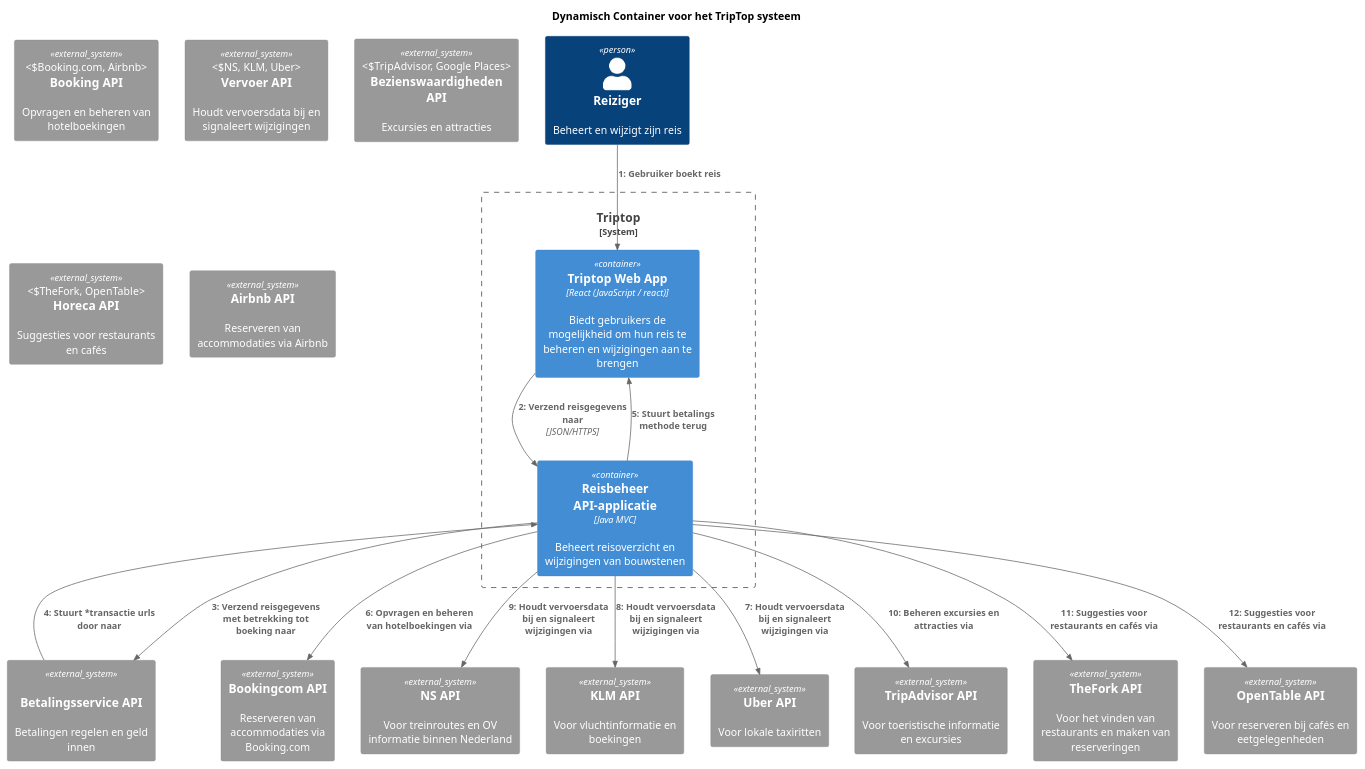
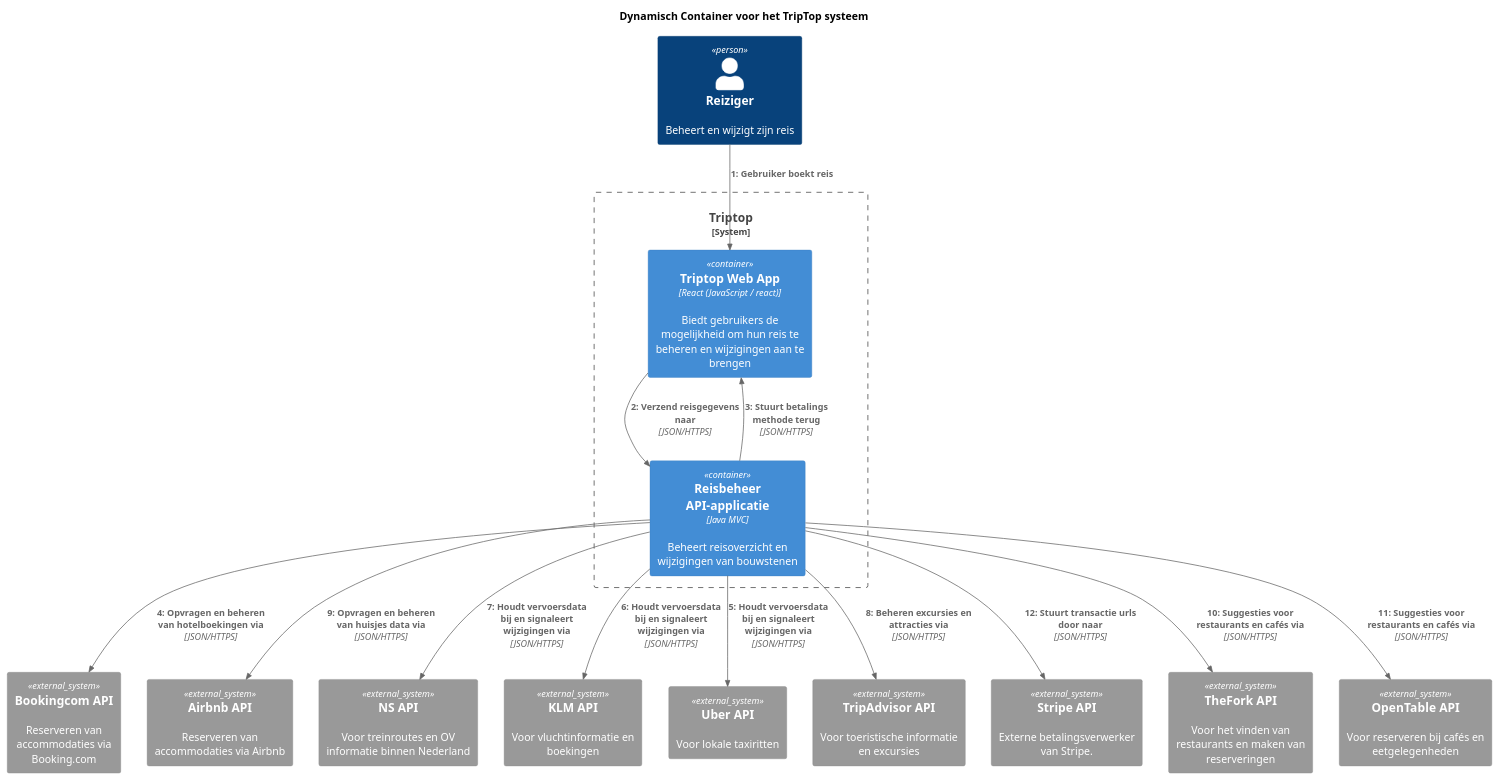
One commit to AIM-ENE-feb25/triptop-groep-4-afscheidscadeau-voor-juf-kim changed the diagram in opdracht-diagrammen/Dynamisch Diagram reisBoeken.puml. Above: the diagram before and after it, drawn with PlantUML.

Commit message:
Verbeterd Dynamisch Diagram + Relaties verbeterd + Relaties protocollen

```diff
--- a/opdracht-diagrammen/Dynamisch Diagram reisBoeken.puml
+++ b/opdracht-diagrammen/Dynamisch Diagram reisBoeken.puml
@@ -1,61 +1,41 @@
 @startuml
 !include https://raw.githubusercontent.com/plantuml-stdlib/C4-PlantUML/master/C4_Dynamic.puml
 
 title Dynamisch Container voor het TripTop systeem
 
 Person(user, "Reiziger", "Beheert en wijzigt zijn reis")
 
 System_Boundary(triptop, "Triptop") {
 
     Container(web, "Triptop Web App", "React (JavaScript / react)", "Biedt gebruikers de mogelijkheid om hun reis te beheren en wijzigingen aan te brengen")
 
-'    Nodig?
-'    Container(api, "API Gateway", "Java MVC", "")
-
     Container(trip_manager, "Reisbeheer API-applicatie", "Java MVC", "Beheert reisoverzicht en wijzigingen van bouwstenen")
 }
-
-
-System_Ext(booking, "Booking API", "Opvragen en beheren van hotelboekingen", "Booking.com, Airbnb")
-
-System_Ext(transport, "Vervoer API", "Houdt vervoersdata bij en signaleert wijzigingen", "NS, KLM, Uber")
-
-System_Ext(attractions, "Bezienswaardigheden API", "Excursies en attracties", "TripAdvisor, Google Places")
-
-System_Ext(horeca, "Horeca API", "Suggesties voor restaurants en cafés", "TheFork, OpenTable")
-
-System_Ext(betaling, "Betalingsservice API", "Betalingen regelen en geld innen", "Stripe")
-
 
 
 System_Ext(BookingComAPI, "Bookingcom API", "Reserveren van accommodaties via Booking.com")
 System_Ext(AirbnbAPI, "Airbnb API", "Reserveren van accommodaties via Airbnb")
 
 System_Ext(NSAPI, "NS API", "Voor treinroutes en OV informatie binnen Nederland")
 System_Ext(KLMAPI, "KLM API", "Voor vluchtinformatie en boekingen")
 System_Ext(UberAPI, "Uber API", "Voor lokale taxiritten")
-
 System_Ext(TripAdvisorAPI, "TripAdvisor API", "Voor toeristische informatie en excursies")
-
+System_Ext(StripeAPI, "Stripe API", "Externe betalingsverwerker van Stripe.")
 System_Ext(TheForkAPI, "TheFork API", "Voor het vinden van restaurants en maken van reserveringen")
 System_Ext(OpenTableAPI, "OpenTable API", "Voor reserveren bij cafés en eetgelegenheden")
 
 
 Rel(user, web, "Gebruiker boekt reis")
 Rel(web, trip_manager, "Verzend reisgegevens naar", JSON/HTTPS)
-Rel(trip_manager, betaling, "Verzend reisgegevens met betrekking tot boeking naar")
-Rel(betaling, trip_manager, "Stuurt *transactie urls door naar")
-Rel(trip_manager, web, "Stuurt betalings methode terug")
-
-
-' Connecting all APIs to Reisbeheer API applicatie
-Rel(trip_manager, BookingComAPI, "Opvragen en beheren van hotelboekingen via")
-Rel(trip_manager, UberAPI, "Houdt vervoersdata bij en signaleert wijzigingen via")
-Rel(trip_manager, KLMAPI, "Houdt vervoersdata bij en signaleert wijzigingen via")
-Rel(trip_manager, NSAPI, "Houdt vervoersdata bij en signaleert wijzigingen via")
-Rel(trip_manager, TripAdvisorAPI, "Beheren excursies en attracties via")
-Rel(trip_manager, TheForkAPI, "Suggesties voor restaurants en cafés via")
-Rel(trip_manager, OpenTableAPI, "Suggesties voor restaurants en cafés via")
-
+Rel(trip_manager, web, "Stuurt betalings methode terug", JSON/HTTPS)
+Rel(trip_manager, BookingComAPI, "Opvragen en beheren van hotelboekingen via",JSON/HTTPS)
+Rel(trip_manager, UberAPI, "Houdt vervoersdata bij en signaleert wijzigingen via",JSON/HTTPS)
+Rel(trip_manager, KLMAPI, "Houdt vervoersdata bij en signaleert wijzigingen via",JSON/HTTPS)
+Rel(trip_manager, NSAPI, "Houdt vervoersdata bij en signaleert wijzigingen via",JSON/HTTPS)
+Rel(trip_manager, TripAdvisorAPI, "Beheren excursies en attracties via",JSON/HTTPS)
+Rel(trip_manager, AirbnbAPI, "Opvragen en beheren van huisjes data via",JSON/HTTPS)
+Rel(trip_manager, TheForkAPI, "Suggesties voor restaurants en cafés via",JSON/HTTPS)
+Rel(trip_manager, OpenTableAPI, "Suggesties voor restaurants en cafés via",JSON/HTTPS)
+Rel(trip_manager, StripeAPI, "Stuurt transactie urls door naar",JSON/HTTPS)
 
 @enduml
```
